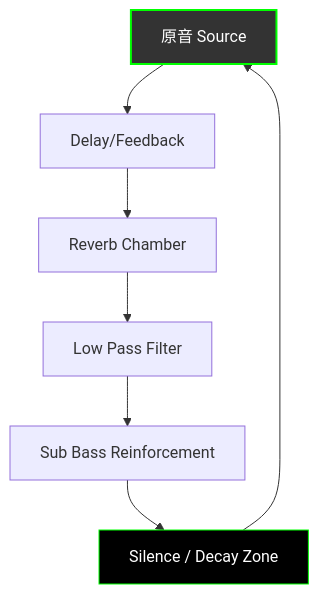
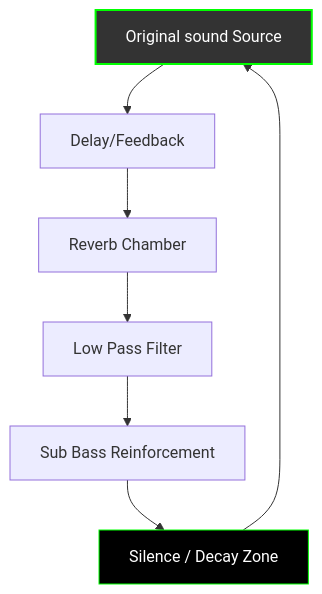
The diagram in en/_posts/2025-11-01-column-basic-channel.md (monumental-movement/monumental-movement.github.io), drawn with Mermaid before and after one commit. The commit also changed other lines of this file and 1631 other files, not shown here.

```diff
--- a/en/_posts/2025-11-01-column-basic-channel.md
+++ b/en/_posts/2025-11-01-column-basic-channel.md
@@ -164,13 +158,13 @@
 <div class="mermaid">
 
 graph TD
-    A[原音 Source] --> B[Delay/Feedback]
+    A[Original sound Source] --> B[Delay/Feedback]
     B --> C[Reverb Chamber]
     C --> D[Low Pass Filter]
     D --> E[Sub Bass Reinforcement]
     E --> F[Silence / Decay Zone]
     F --> A
     style A fill:#333,stroke:#0f0,stroke-width:2px,color:#fff
     style F fill:#000,stroke:#0f0,color:#fff
 
 </div>
```
